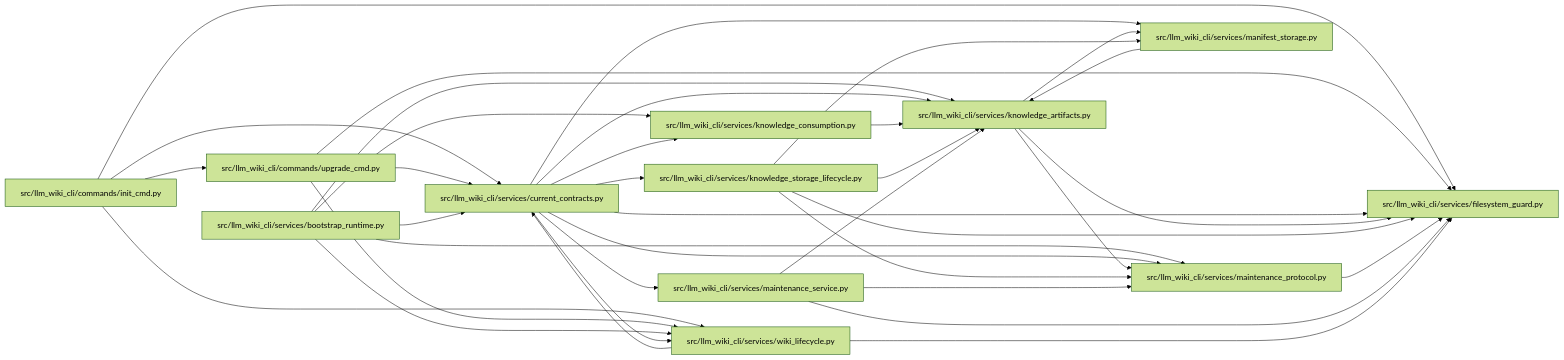
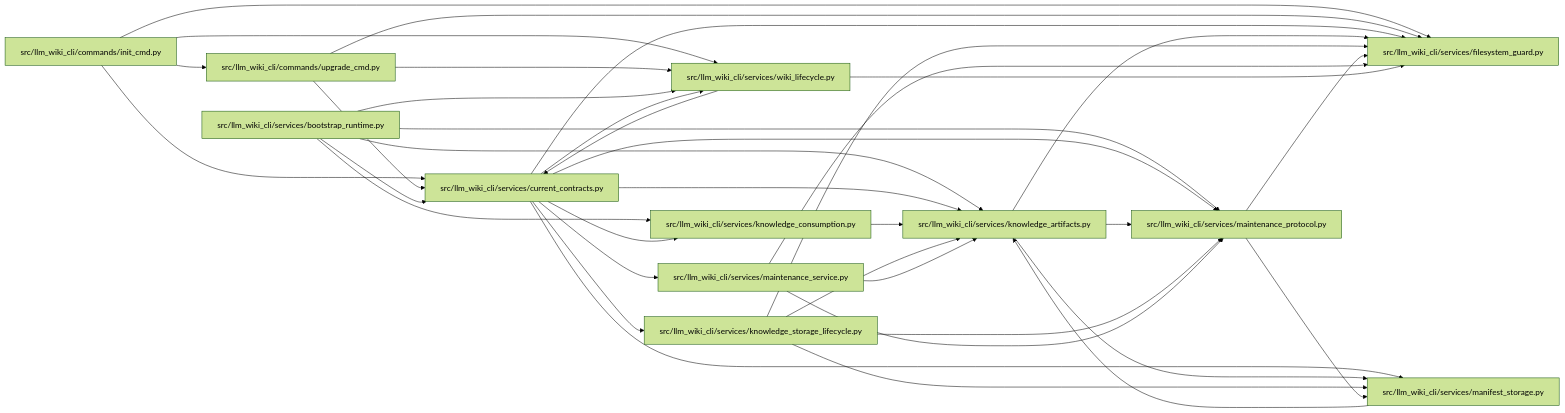
Before and after one commit to Denissvgn/python-wiki-llm: the diagram in docs/llm_wiki/modules/current_contracts.md, drawn with Mermaid (forest theme). The commit also changed 627 other files, not shown here.

````diff
--- a/docs/llm_wiki/modules/current_contracts.md
+++ b/docs/llm_wiki/modules/current_contracts.md
@@ -33,62 +33,63 @@
 ```mermaid
 flowchart LR
     n0["src/llm_wiki_cli/commands/init_cmd.py"]
     n1["src/llm_wiki_cli/commands/upgrade_cmd.py"]
     n2["src/llm_wiki_cli/services/bootstrap_runtime.py"]
     n3["src/llm_wiki_cli/services/current_contracts.py"]
     n4["src/llm_wiki_cli/services/filesystem_guard.py"]
     n5["src/llm_wiki_cli/services/knowledge_artifacts.py"]
     n6["src/llm_wiki_cli/services/knowledge_consumption.py"]
     n7["src/llm_wiki_cli/services/knowledge_storage_lifecycle.py"]
     n8["src/llm_wiki_cli/services/maintenance_protocol.py"]
     n9["src/llm_wiki_cli/services/maintenance_service.py"]
     n10["src/llm_wiki_cli/services/manifest_storage.py"]
     n11["src/llm_wiki_cli/services/wiki_lifecycle.py"]
     n0 --> n1
     n0 --> n3
     n0 --> n4
     n0 --> n11
     n1 --> n3
     n1 --> n4
     n1 --> n11
     n2 --> n3
     n2 --> n5
     n2 --> n6
     n2 --> n8
     n2 --> n11
     n3 --> n4
     n3 --> n5
     n3 --> n6
     n3 --> n7
     n3 --> n8
     n3 --> n9
     n3 --> n10
     n3 --> n11
     n5 --> n4
     n5 --> n8
     n5 --> n10
     n6 --> n5
     n7 --> n4
     n7 --> n5
     n7 --> n8
     n7 --> n10
     n8 --> n4
+    n8 --> n10
     n9 --> n4
     n9 --> n5
     n9 --> n8
     n10 --> n5
     n11 --> n3
     n11 --> n4
     click n0 "../modules/init_cmd.md"
     click n1 "../modules/upgrade_cmd.md"
     click n2 "../modules/bootstrap_runtime.md"
     click n3 "../modules/current_contracts.md"
     click n4 "../modules/filesystem_guard.md"
     click n5 "../modules/knowledge_artifacts.md"
     click n6 "../modules/knowledge_consumption.md"
     click n7 "../modules/knowledge_storage_lifecycle.md"
     click n8 "../modules/maintenance_protocol.md"
     click n9 "../modules/maintenance_service.md"
     click n10 "../modules/manifest_storage.md"
     click n11 "../modules/wiki_lifecycle.md"
 ```
````
